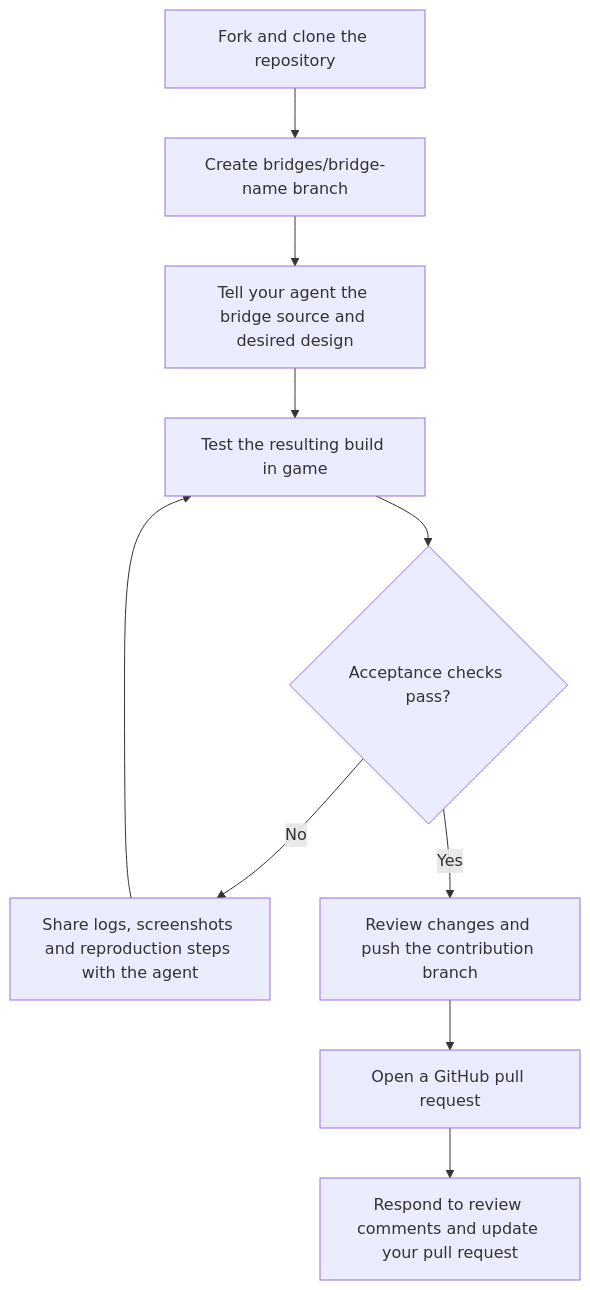
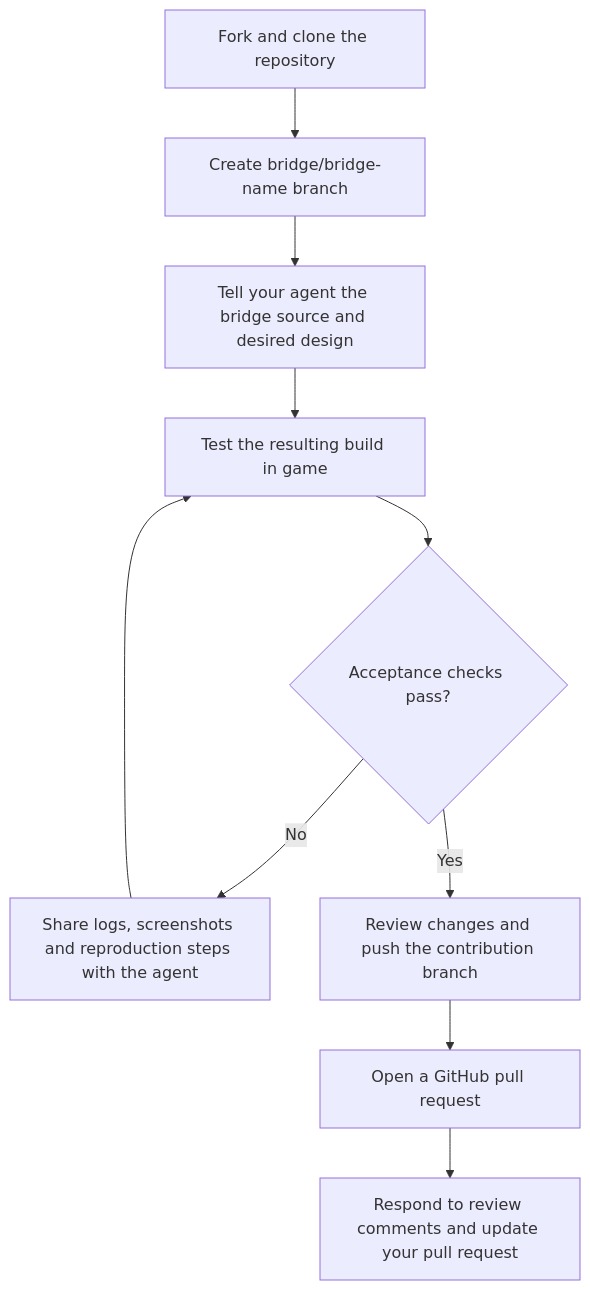
Before and after one commit to Chengxuan-He/CS2BridgeBuilder: the diagram in README.md, drawn with Mermaid. The commit also changed other lines of this file, not shown here.

Commit message:
docs: correct contributor branch prefix to bridge/

````diff
--- a/README.md
+++ b/README.md
@@ -247,12 +247,12 @@
 ```mermaid
 flowchart TD
-    A[Fork and clone the repository] --> B[Create bridges/bridge-name branch]
+    A[Fork and clone the repository] --> B[Create bridge/bridge-name branch]
     B --> C[Tell your agent the bridge source and desired design]
     C --> F[Test the resulting build in game]
     F --> G{Acceptance checks pass?}
     G -- No --> H[Share logs, screenshots and reproduction steps with the agent]
     H --> F
     G -- Yes --> I[Review changes and push the contribution branch]
     I --> J[Open a GitHub pull request]
     J --> K[Respond to review comments and update your pull request]
 ```
````
